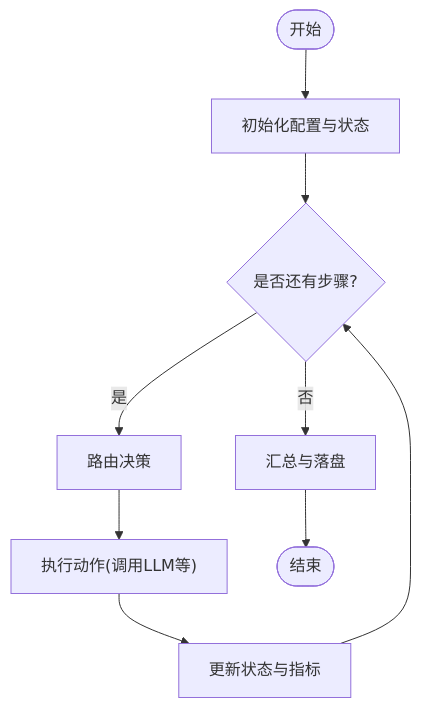
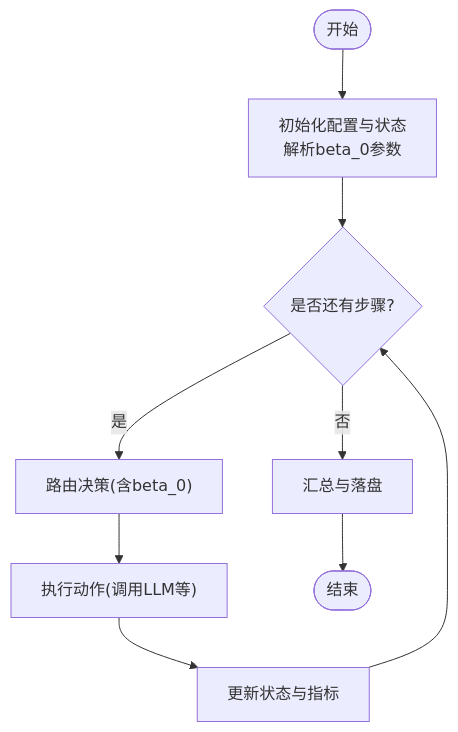
The fourth of 6 diagrams in .qoder/repowiki/zh/content/核心架构/实验框架/大规模集群实验.md (QuStarry/VIB-SparseCommunication), drawn with Mermaid before and after one commit. The commit also changed other lines of this file and 18 other files, not shown here.

````diff
--- a/.qoder/repowiki/zh/content/核心架构/实验框架/大规模集群实验.md
+++ b/.qoder/repowiki/zh/content/核心架构/实验框架/大规模集群实验.md
@@ -185,11 +207,11 @@
 ```mermaid
 flowchart TD
-Start(["开始"]) --> Init["初始化配置与状态"]
+Start(["开始"]) --> Init["初始化配置与状态<br/>解析beta_0参数"]
 Init --> Loop{"是否还有步骤?"}
-Loop --> |是| Decide["路由决策"]
+Loop --> |是| Decide["路由决策(含beta_0)"]
 Decide --> Execute["执行动作(调用LLM等)"]
 Execute --> UpdateState["更新状态与指标"]
 UpdateState --> Loop
 Loop --> |否| Finalize["汇总与落盘"]
 Finalize --> End(["结束"])
 ```
````
